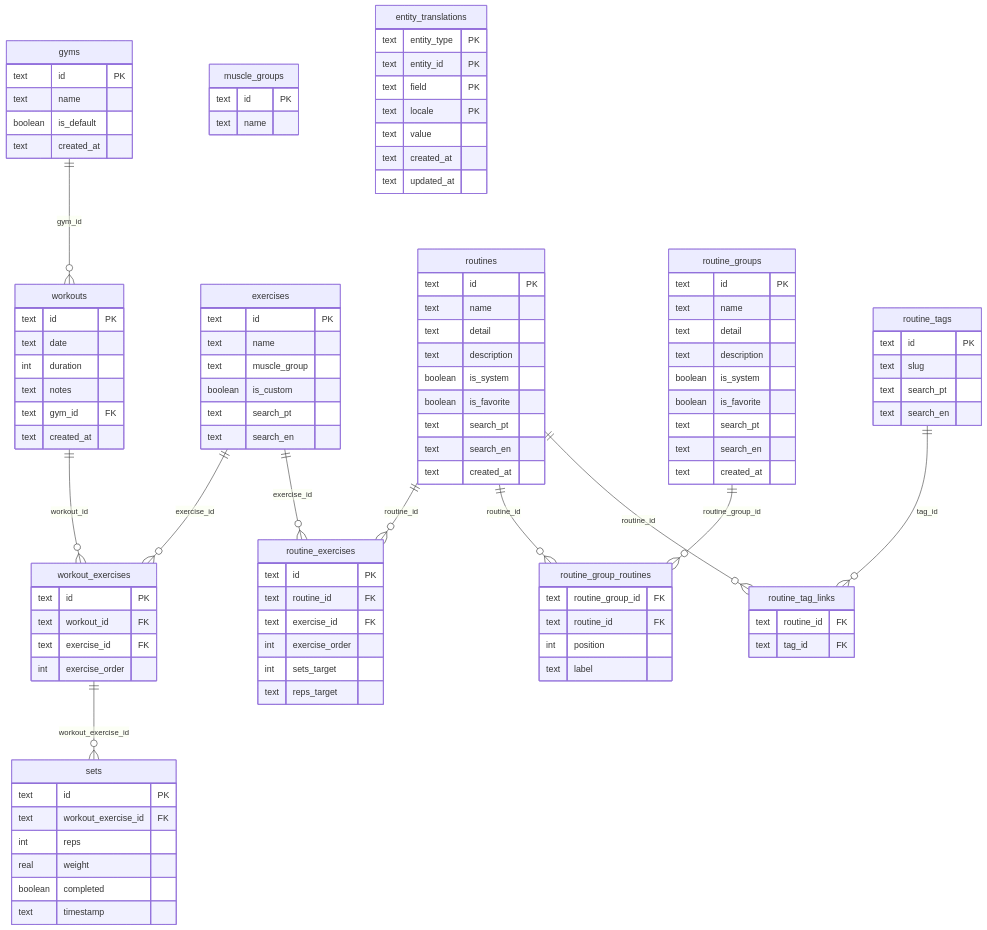
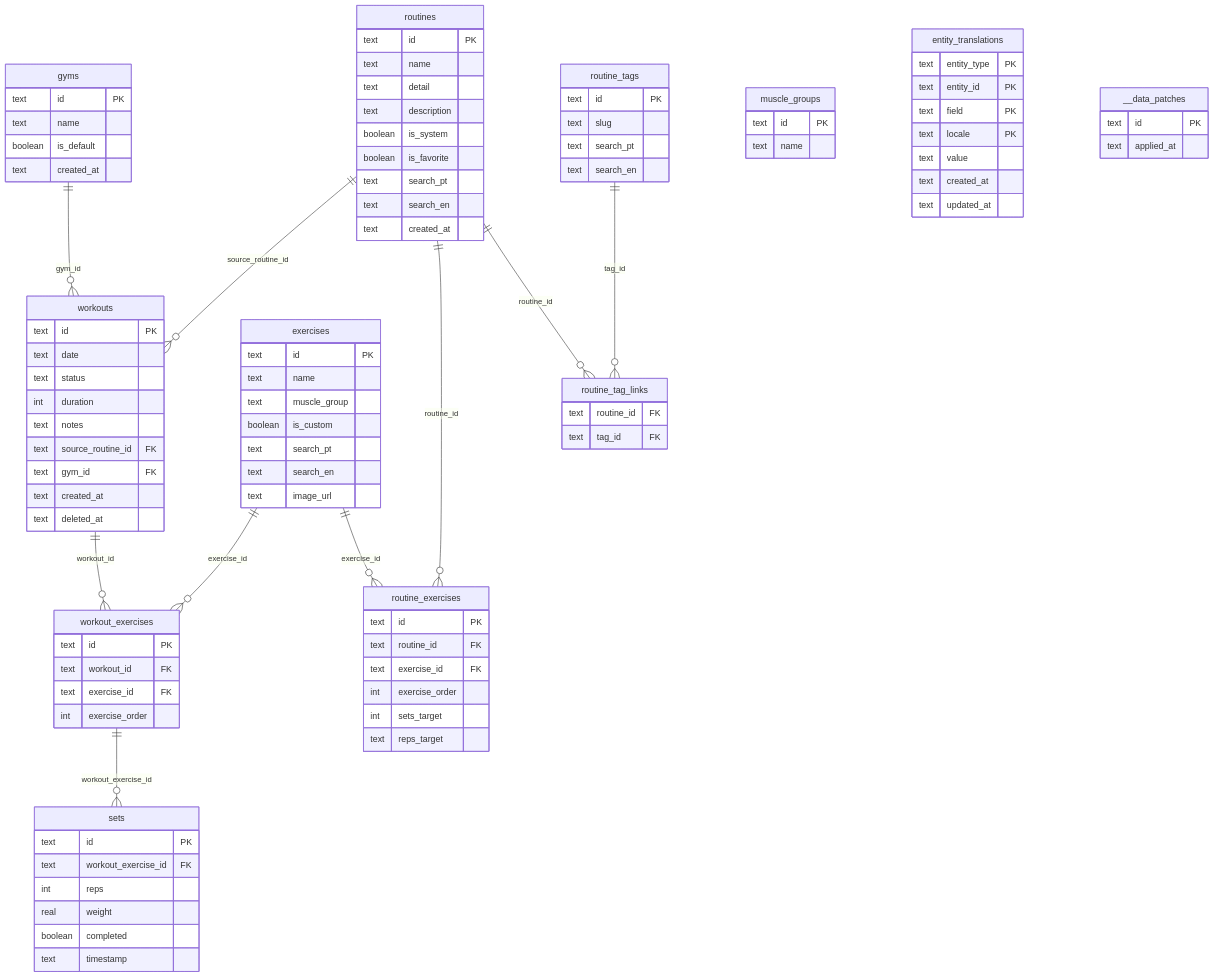
One commit to stembrino/lyte-log changed the diagram in _plains/database-schema.md. Above: the diagram before and after it, drawn with Mermaid. The commit also changed other lines of this file and 14 other files, not shown here.

````diff
--- a/_plains/database-schema.md
+++ b/_plains/database-schema.md
@@ -34,15 +36,13 @@
 ```mermaid
 erDiagram
   gyms ||--o{ workouts : "gym_id"
+  routines ||--o{ workouts : "source_routine_id"
   workouts ||--o{ workout_exercises : "workout_id"
   exercises ||--o{ workout_exercises : "exercise_id"
   workout_exercises ||--o{ sets : "workout_exercise_id"
 
   routines ||--o{ routine_exercises : "routine_id"
   exercises ||--o{ routine_exercises : "exercise_id"
-
-  routine_groups ||--o{ routine_group_routines : "routine_group_id"
-  routines ||--o{ routine_group_routines : "routine_id"
 
   routines ||--o{ routine_tag_links : "routine_id"
   routine_tags ||--o{ routine_tag_links : "tag_id"
@@ -57,10 +57,13 @@
   workouts {
     text id PK
     text date
+    text status
     int duration
     text notes
+    text source_routine_id FK
     text gym_id FK
     text created_at
+    text deleted_at
   }
 
   workout_exercises {
@@ -91,21 +94,10 @@
     boolean is_custom
     text search_pt
     text search_en
+    text image_url
   }
 
   routines {
-    text id PK
-    text name
-    text detail
-    text description
-    boolean is_system
-    boolean is_favorite
-    text search_pt
-    text search_en
-    text created_at
-  }
-
-  routine_groups {
     text id PK
     text name
     text detail
@@ -138,13 +130,6 @@
     text tag_id FK
   }
 
-  routine_group_routines {
-    text routine_group_id FK
-    text routine_id FK
-    int position
-    text label
-  }
-
   entity_translations {
     text entity_type PK
     text entity_id PK
@@ -154,4 +139,9 @@
     text created_at
     text updated_at
   }
+
+  __data_patches {
+    text id PK
+    text applied_at
+  }
 ```
````
